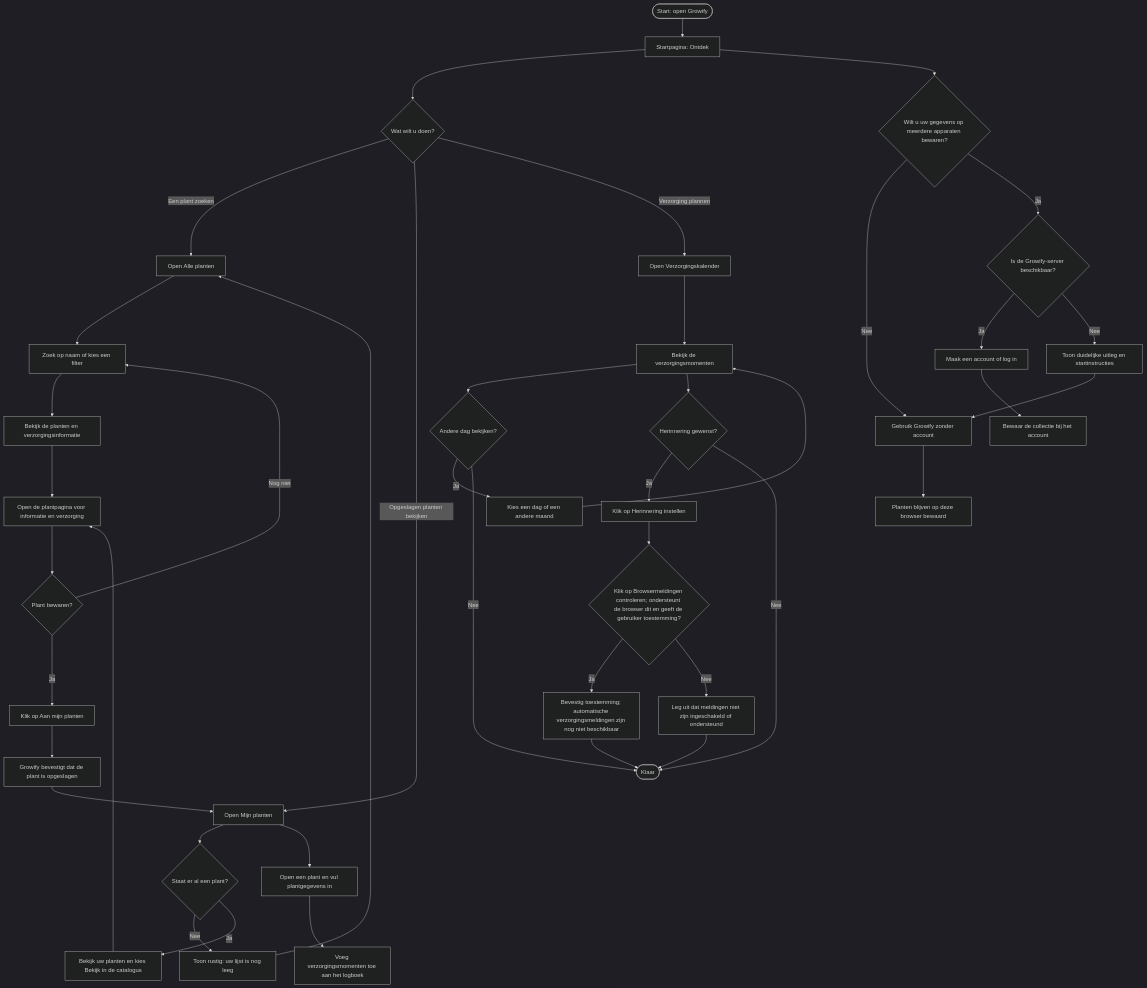
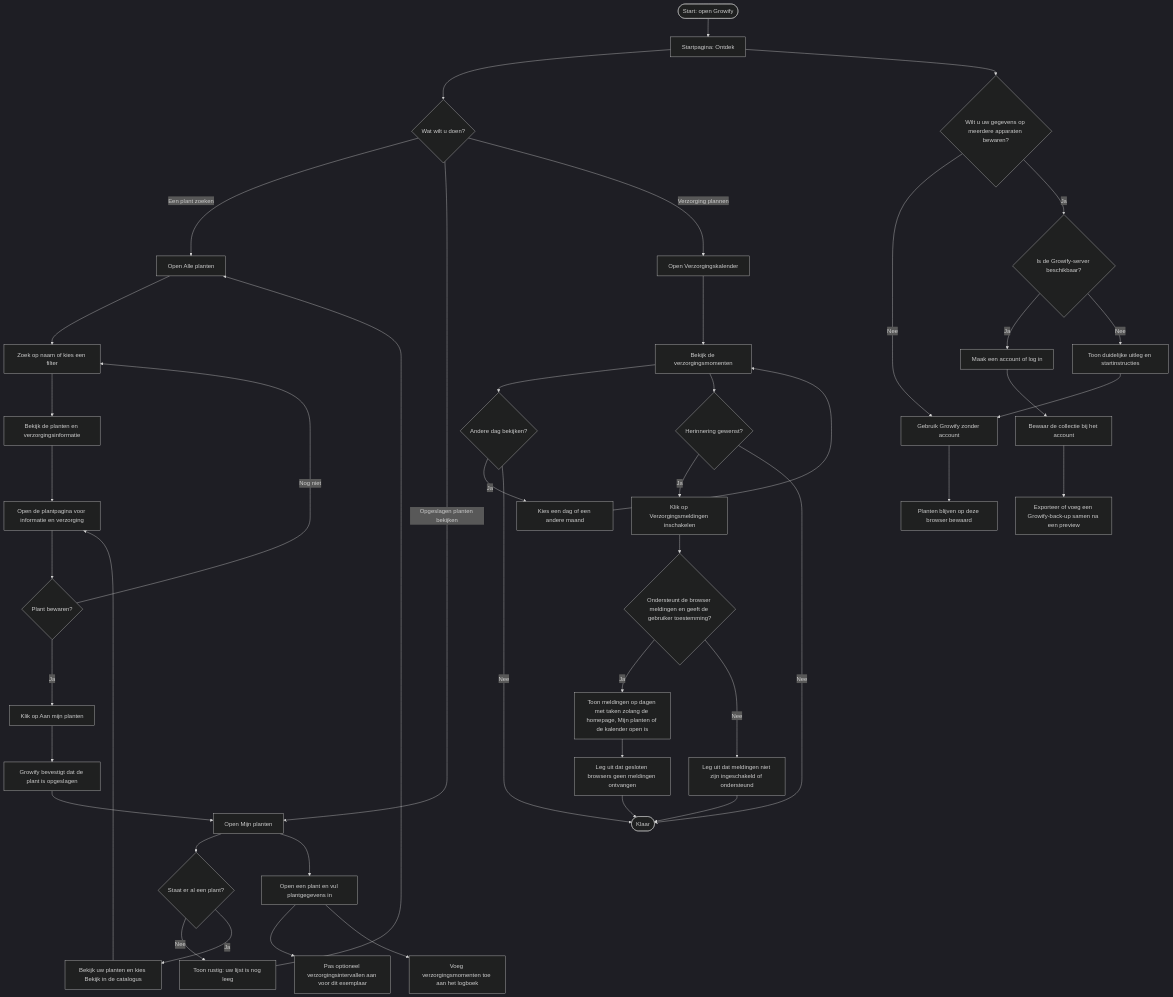
One commit to TyroneWessels/Sproutly-app changed the diagram in docs/gebruikers-flowchart.md. Above: the diagram before and after it, drawn with Mermaid (dark theme). The commit also changed other lines of this file and 24 other files, not shown here.

````diff
--- a/docs/gebruikers-flowchart.md
+++ b/docs/gebruikers-flowchart.md
@@ -5,48 +5,51 @@
 ```mermaid
 flowchart TD
     A([Start: open Growify]) --> B[Startpagina: Ontdek]
     B --> C{Wat wilt u doen?}
 
     C -->|Een plant zoeken| D[Open Alle planten]
     D --> E[Zoek op naam of kies een filter]
     E --> F[Bekijk de planten en verzorgingsinformatie]
     F --> FF[Open de plantpagina voor informatie en verzorging]
     FF --> G{Plant bewaren?}
     G -->|Ja| H[Klik op Aan mijn planten]
     H --> I[Growify bevestigt dat de plant is opgeslagen]
     I --> J[Open Mijn planten]
     G -->|Nog niet| E
 
     C -->|Opgeslagen planten bekijken| J
     J --> K{Staat er al een plant?}
     K -->|Nee| L[Toon rustig: uw lijst is nog leeg]
     L --> D
     K -->|Ja| M[Bekijk uw planten en kies Bekijk in de catalogus]
     M --> FF
     J --> LOG[Open een plant en vul plantgegevens in]
+    LOG --> LOG3[Pas optioneel verzorgingsintervallen aan voor dit exemplaar]
     LOG --> LOG2[Voeg verzorgingsmomenten toe aan het logboek]
 
     C -->|Verzorging plannen| N[Open Verzorgingskalender]
     N --> O[Bekijk de verzorgingsmomenten]
     O --> P{Andere dag bekijken?}
     P -->|Ja| Q[Kies een dag of een andere maand]
     Q --> O
     P -->|Nee| R([Klaar])
     O --> S{Herinnering gewenst?}
-    S -->|Ja| T[Klik op Herinnering instellen]
-    T --> U{Klik op Browsermeldingen controleren; ondersteunt de browser dit en geeft de gebruiker toestemming?}
-    U -->|Ja| V[Bevestig toestemming; automatische verzorgingsmeldingen zijn nog niet beschikbaar]
+    S -->|Ja| T[Klik op Verzorgingsmeldingen inschakelen]
+    T --> U{Ondersteunt de browser meldingen en geeft de gebruiker toestemming?}
+    U -->|Ja| V[Toon meldingen op dagen met taken zolang de homepage, Mijn planten of de kalender open is]
     U -->|Nee| W[Leg uit dat meldingen niet zijn ingeschakeld of ondersteund]
     S -->|Nee| R
-    V --> R
+    V --> VX[Leg uit dat gesloten browsers geen meldingen ontvangen]
+    VX --> R
     W --> R
 
     B --> X{Wilt u uw gegevens op meerdere apparaten bewaren?}
     X -->|Nee| Y[Gebruik Growify zonder account]
     Y --> Z[Planten blijven op deze browser bewaard]
     X -->|Ja| AA{Is de Growify-server beschikbaar?}
     AA -->|Ja| AB[Maak een account of log in]
     AB --> AC[Bewaar de collectie bij het account]
+    AC --> AC2[Exporteer of voeg een Growify-back-up samen na een preview]
     AA -->|Nee| AD[Toon duidelijke uitleg en startinstructies]
     AD --> Y
 ```
````
